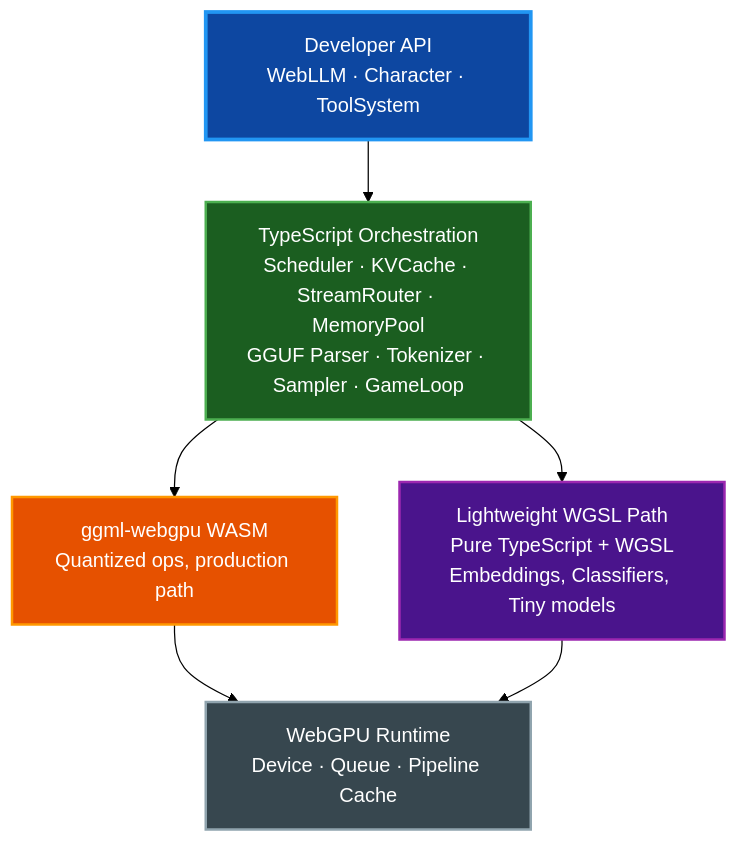
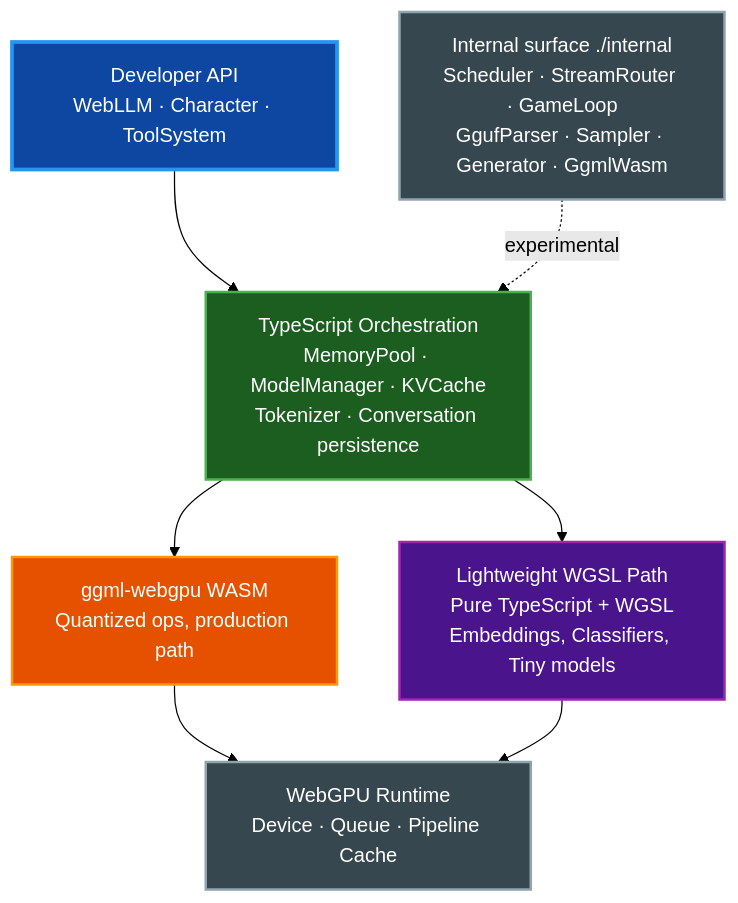
The first of 2 diagrams in README.md (paulrobello/webllm), drawn with Mermaid (forest theme) before and after one commit. The commit also changed other lines of this file and 32 other files, not shown here.

````diff
--- a/README.md
+++ b/README.md
@@ -121,20 +146,23 @@
 ```mermaid
 graph TD
     API[Developer API<br/>WebLLM · Character · ToolSystem]
-    Orchestration[TypeScript Orchestration<br/>Scheduler · KVCache · StreamRouter · MemoryPool<br/>GGUF Parser · Tokenizer · Sampler · GameLoop]
+    Orchestration[TypeScript Orchestration<br/>MemoryPool · ModelManager · KVCache<br/>Tokenizer · Conversation persistence]
     WASM[ggml-webgpu WASM<br/>Quantized ops, production path]
     WGSL[Lightweight WGSL Path<br/>Pure TypeScript + WGSL<br/>Embeddings, Classifiers, Tiny models]
+    Internal[Internal surface ./internal<br/>Scheduler · StreamRouter · GameLoop<br/>GgufParser · Sampler · Generator · GgmlWasm]
     Runtime[WebGPU Runtime<br/>Device · Queue · Pipeline Cache]
 
     API --> Orchestration
     Orchestration --> WASM
     Orchestration --> WGSL
     WASM --> Runtime
     WGSL --> Runtime
+    Internal -.experimental.-> Orchestration
 
     style API fill:#0d47a1,stroke:#2196f3,stroke-width:3px,color:#ffffff
     style Orchestration fill:#1b5e20,stroke:#4caf50,stroke-width:2px,color:#ffffff
     style WASM fill:#e65100,stroke:#ff9800,stroke-width:2px,color:#ffffff
     style WGSL fill:#4a148c,stroke:#9c27b0,stroke-width:2px,color:#ffffff
+    style Internal fill:#37474f,stroke:#90a4ae,stroke-width:2px,color:#ffffff
     style Runtime fill:#37474f,stroke:#90a4ae,stroke-width:2px,color:#ffffff
 ```
````
